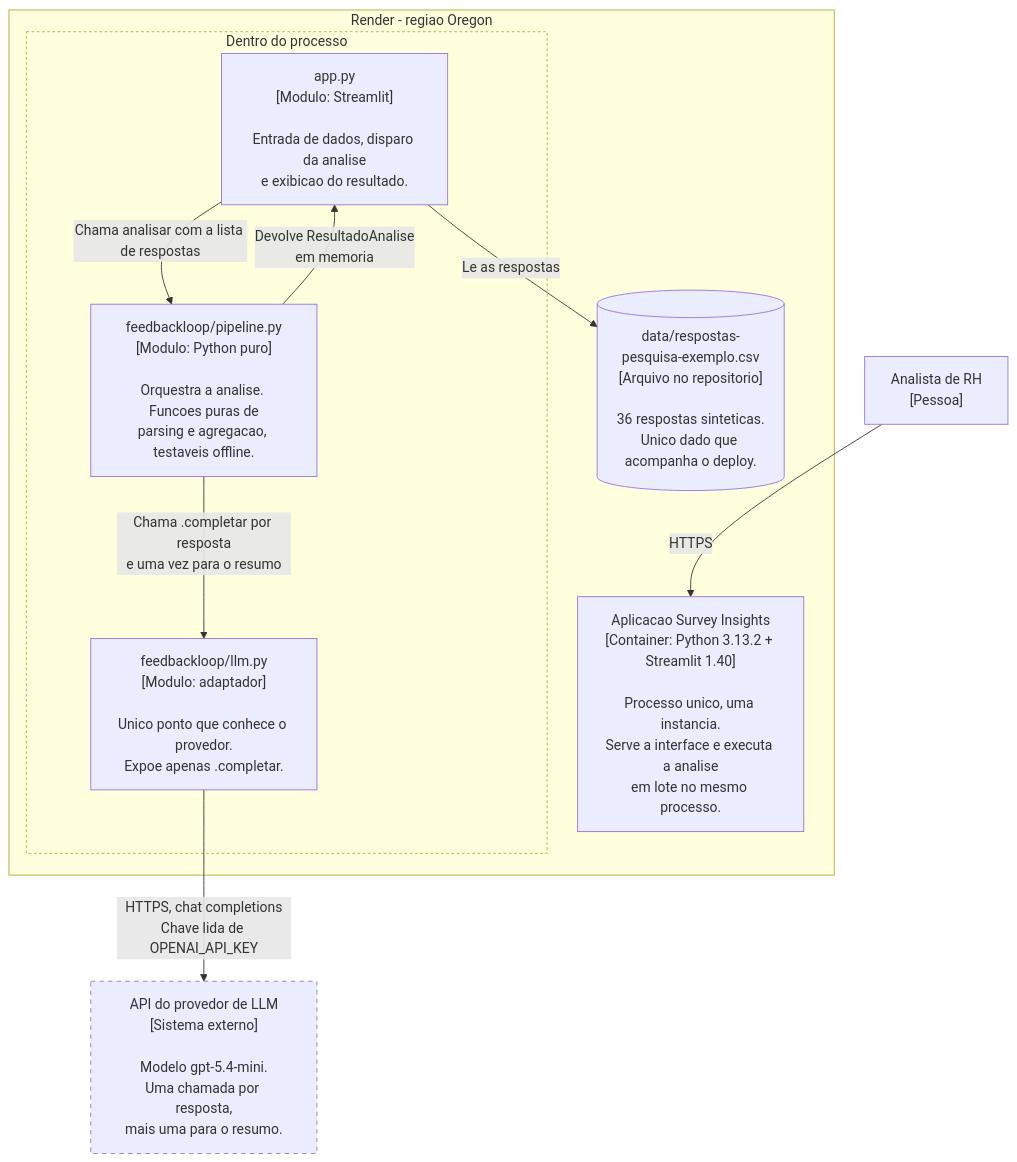
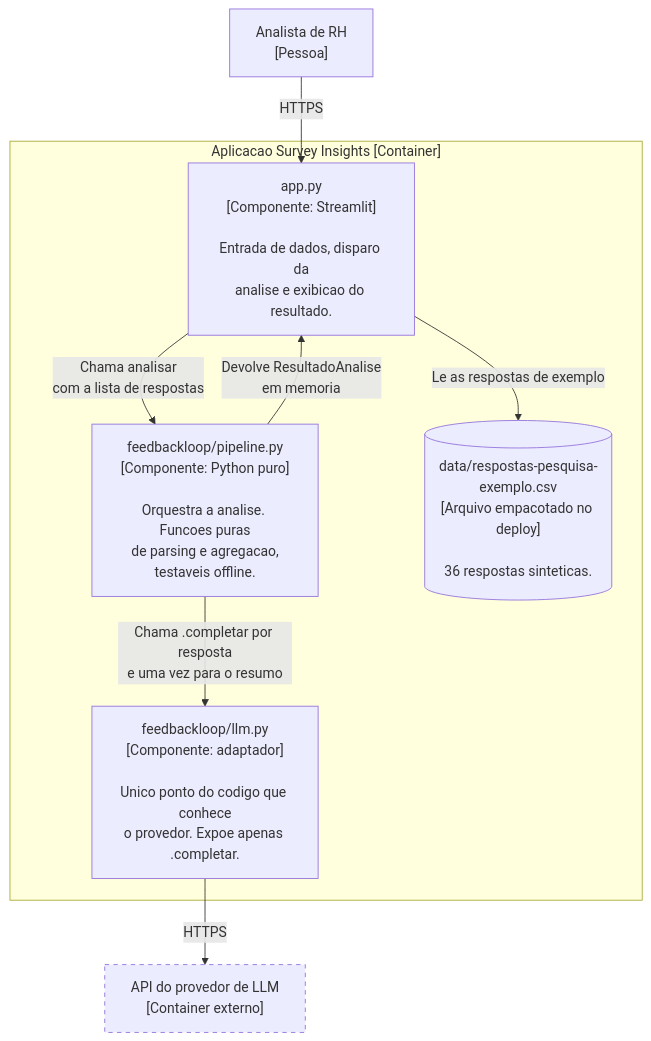
One commit to brunoleao95/feedbackloop-survey-insights changed the third of 4 diagrams in docs/architecture/c4-contexto-e-containers.md. Above: the diagram before and after it, drawn with Mermaid. The commit also changed other lines of this file, not shown here.

````diff
--- a/docs/architecture/c4-contexto-e-containers.md
+++ b/docs/architecture/c4-contexto-e-containers.md
@@ -53,28 +92,22 @@
 ```mermaid
 flowchart TB
-    analista["Analista de RH<br/>[Pessoa]"]
+    analista2["Analista de RH<br/>[Pessoa]"]
 
-    subgraph render["Render - regiao Oregon"]
-        app["Aplicacao Survey Insights<br/>[Container: Python 3.13.2 + Streamlit 1.40]<br/><br/>Processo unico, uma instancia.<br/>Serve a interface e executa a analise<br/>em lote no mesmo processo."]
-
-        subgraph interno["Dentro do processo"]
-            ui["app.py<br/>[Modulo: Streamlit]<br/><br/>Entrada de dados, disparo da analise<br/>e exibicao do resultado."]
-            pipeline["feedbackloop/pipeline.py<br/>[Modulo: Python puro]<br/><br/>Orquestra a analise. Funcoes puras de<br/>parsing e agregacao, testaveis offline."]
-            adaptador["feedbackloop/llm.py<br/>[Modulo: adaptador]<br/><br/>Unico ponto que conhece o provedor.<br/>Expoe apenas .completar."]
-        end
-
-        csv[("data/respostas-<br/>pesquisa-exemplo.csv<br/>[Arquivo no repositorio]<br/><br/>36 respostas sinteticas.<br/>Unico dado que acompanha o deploy.")]
+    subgraph appc["Aplicacao Survey Insights [Container]"]
+        ui["app.py<br/>[Componente: Streamlit]<br/><br/>Entrada de dados, disparo da<br/>analise e exibicao do resultado."]
+        pipeline["feedbackloop/pipeline.py<br/>[Componente: Python puro]<br/><br/>Orquestra a analise. Funcoes puras<br/>de parsing e agregacao,<br/>testaveis offline."]
+        adaptador["feedbackloop/llm.py<br/>[Componente: adaptador]<br/><br/>Unico ponto do codigo que conhece<br/>o provedor. Expoe apenas .completar."]
+        csv[("data/respostas-pesquisa-exemplo.csv<br/>[Arquivo empacotado no deploy]<br/><br/>36 respostas sinteticas.")]
     end
 
-    llm["API do provedor de LLM<br/>[Sistema externo]<br/><br/>Modelo gpt-5.4-mini.<br/>Uma chamada por resposta,<br/>mais uma para o resumo."]
+    llm2["API do provedor de LLM<br/>[Container externo]"]
 
-    analista -->|"HTTPS"| app
-    ui -->|"Le as respostas"| csv
-    ui -->|"Chama analisar com a lista de respostas"| pipeline
+    analista2 -->|"HTTPS"| ui
+    ui -->|"Le as respostas de exemplo"| csv
+    ui -->|"Chama analisar<br/>com a lista de respostas"| pipeline
     pipeline -->|"Chama .completar por resposta<br/>e uma vez para o resumo"| adaptador
-    adaptador -->|"HTTPS, chat completions<br/>Chave lida de OPENAI_API_KEY"| llm
     pipeline -->|"Devolve ResultadoAnalise<br/>em memoria"| ui
+    adaptador -->|"HTTPS"| llm2
 
-    style llm stroke-dasharray: 5 5
-    style interno fill:none,stroke-dasharray: 3 3
+    style llm2 stroke-dasharray: 5 5
 ```
````
